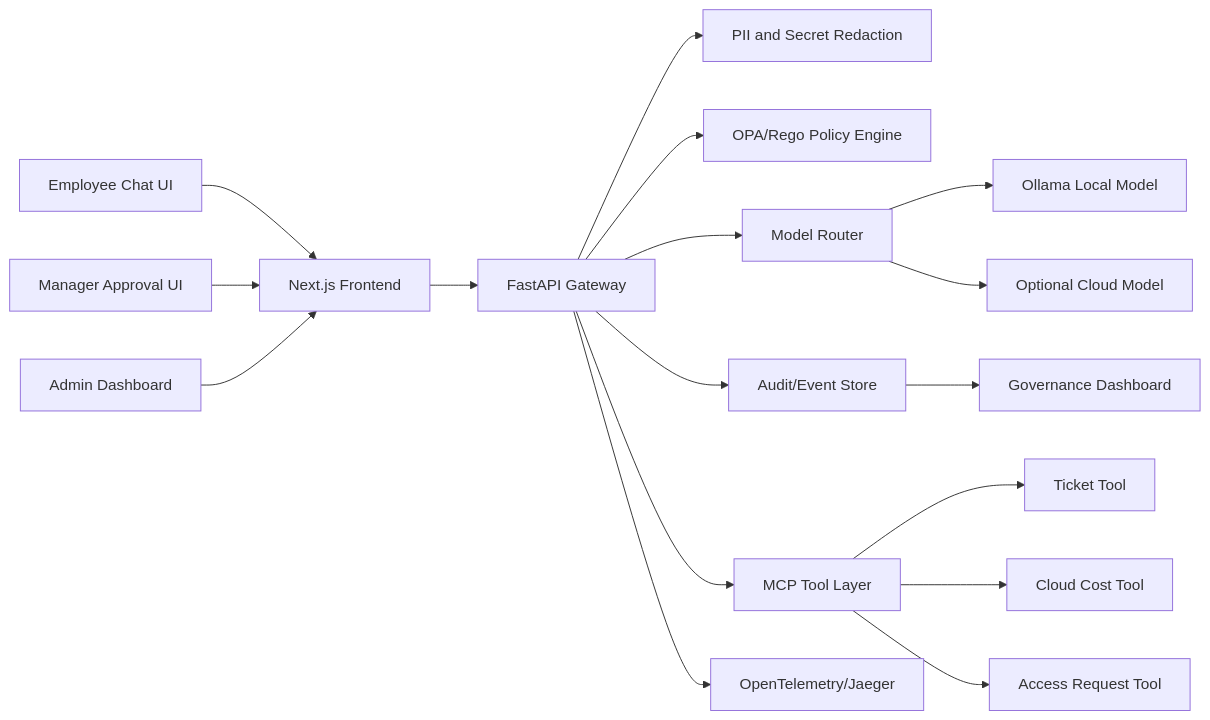
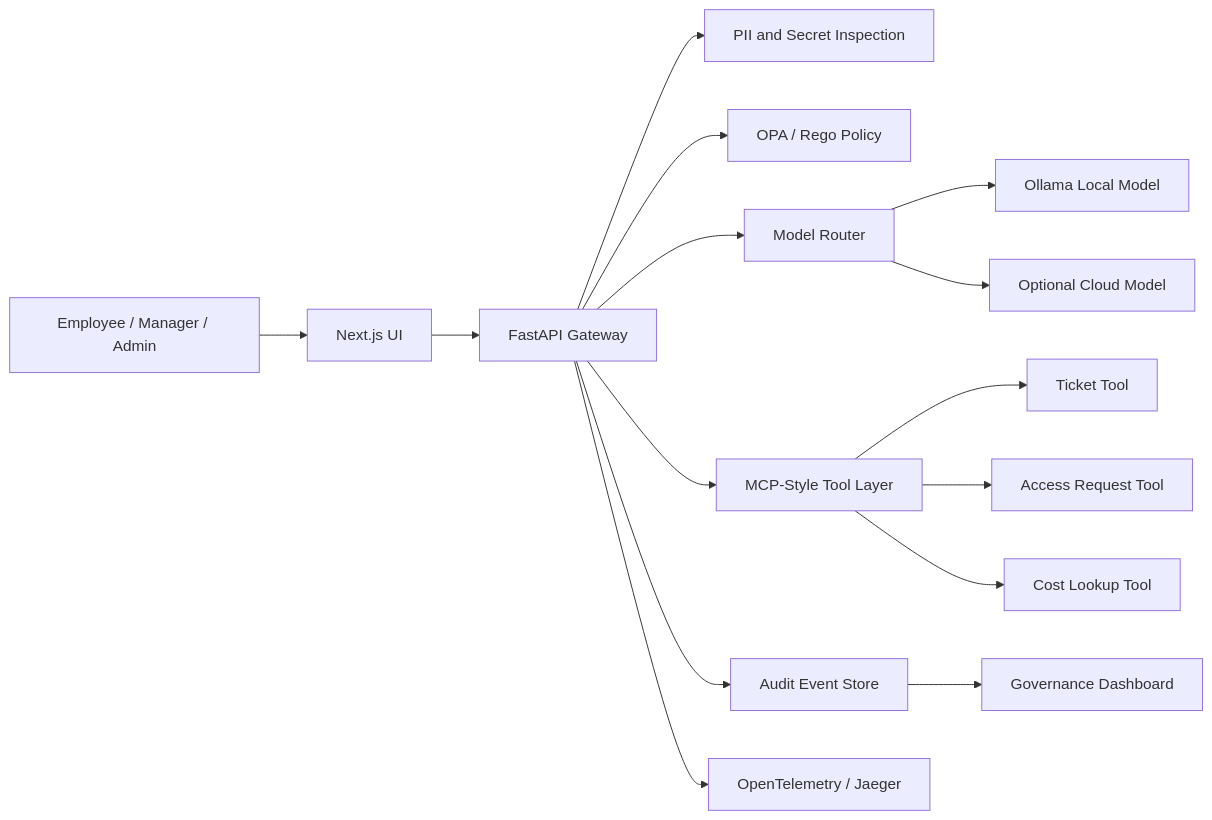
The diagram in README.md (manynames3/aegisdesk-cloudops-control-plane), drawn with Mermaid before and after one commit. The commit also changed other lines of this file and 13 other files, not shown here.

````diff
--- a/README.md
+++ b/README.md
@@ -84,23 +61,17 @@
 ```mermaid
 flowchart LR
-    Employee["Employee Chat UI"] --> Web["Next.js Frontend"]
-    Manager["Manager Approval UI"] --> Web
-    Admin["Admin Dashboard"] --> Web
-
+    User["Employee / Manager / Admin"] --> Web["Next.js UI"]
     Web --> API["FastAPI Gateway"]
-    API --> Redaction["PII and Secret Redaction"]
-    API --> Policy["OPA/Rego Policy Engine"]
+    API --> Redaction["PII and Secret Inspection"]
+    API --> OPA["OPA / Rego Policy"]
     API --> Router["Model Router"]
-    API --> Audit["Audit/Event Store"]
-
-    Router --> LocalModel["Ollama Local Model"]
-    Router --> CloudModel["Optional Cloud Model"]
-
-    API --> MCP["MCP Tool Layer"]
-    MCP --> Tickets["Ticket Tool"]
-    MCP --> Cost["Cloud Cost Tool"]
-    MCP --> Access["Access Request Tool"]
-
-    API --> Traces["OpenTelemetry/Jaeger"]
+    Router --> Local["Ollama Local Model"]
+    Router --> Cloud["Optional Cloud Model"]
+    API --> Tools["MCP-Style Tool Layer"]
+    Tools --> Ticket["Ticket Tool"]
+    Tools --> Access["Access Request Tool"]
+    Tools --> Cost["Cost Lookup Tool"]
+    API --> Audit["Audit Event Store"]
+    API --> Trace["OpenTelemetry / Jaeger"]
     Audit --> Dashboard["Governance Dashboard"]
 ```
````
